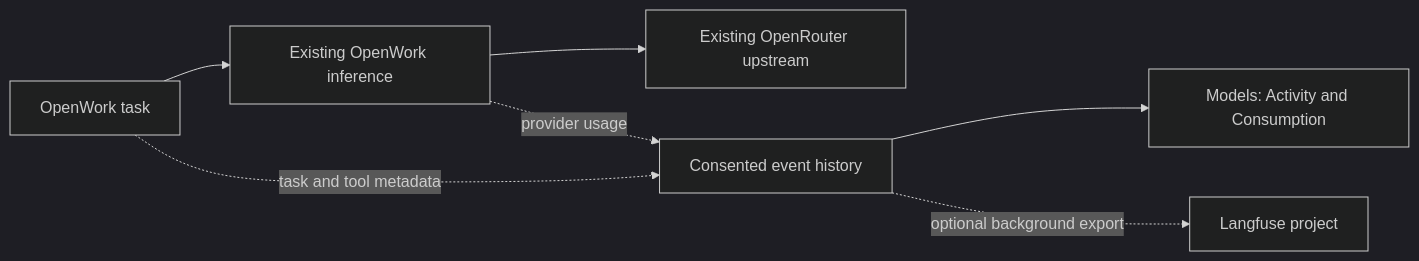
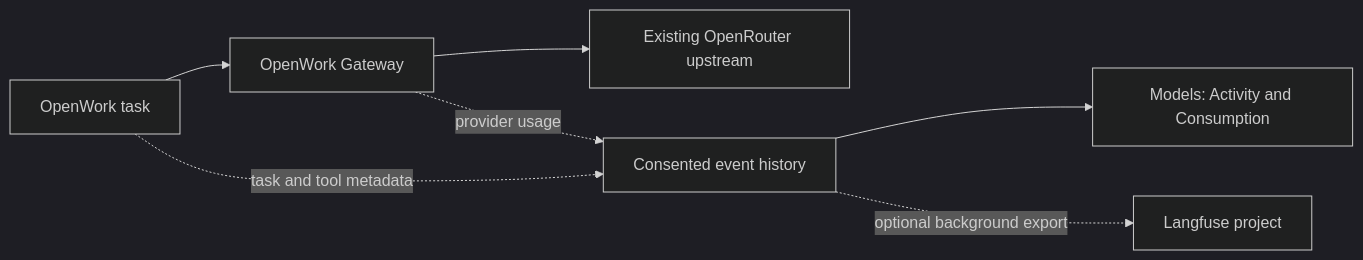
One commit to different-ai/openwork changed the diagram in docs/features/models-task-analytics/README.md. Above: the diagram before and after it, drawn with Mermaid (dark theme). The commit also changed other lines of this file and 103 other files, not shown here.

Commit message:
refactor(gateway): rename inference product with configuration compatibility

````diff
--- a/docs/features/models-task-analytics/README.md
+++ b/docs/features/models-task-analytics/README.md
@@ -19,9 +19,9 @@
 ```mermaid
 flowchart LR
-  App[OpenWork task] --> Inference[Existing OpenWork inference]
+  App[OpenWork task] --> Inference[OpenWork Gateway]
   Inference --> Router[Existing OpenRouter upstream]
   Inference -. provider usage .-> Events[Consented event history]
   App -. task and tool metadata .-> Events
   Events --> UI[Models: Activity and Consumption]
   Events -. optional background export .-> Langfuse[Langfuse project]
 ```
````
